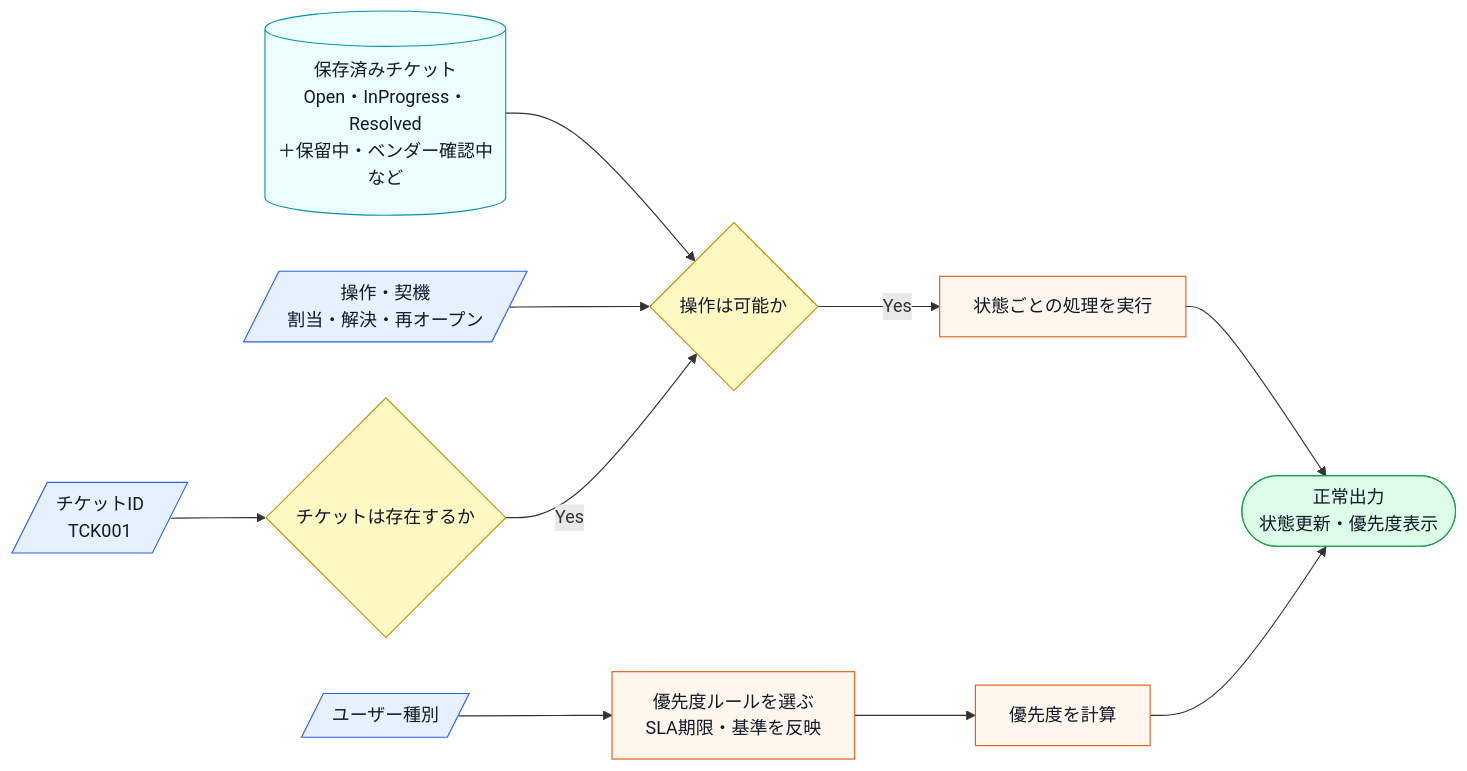
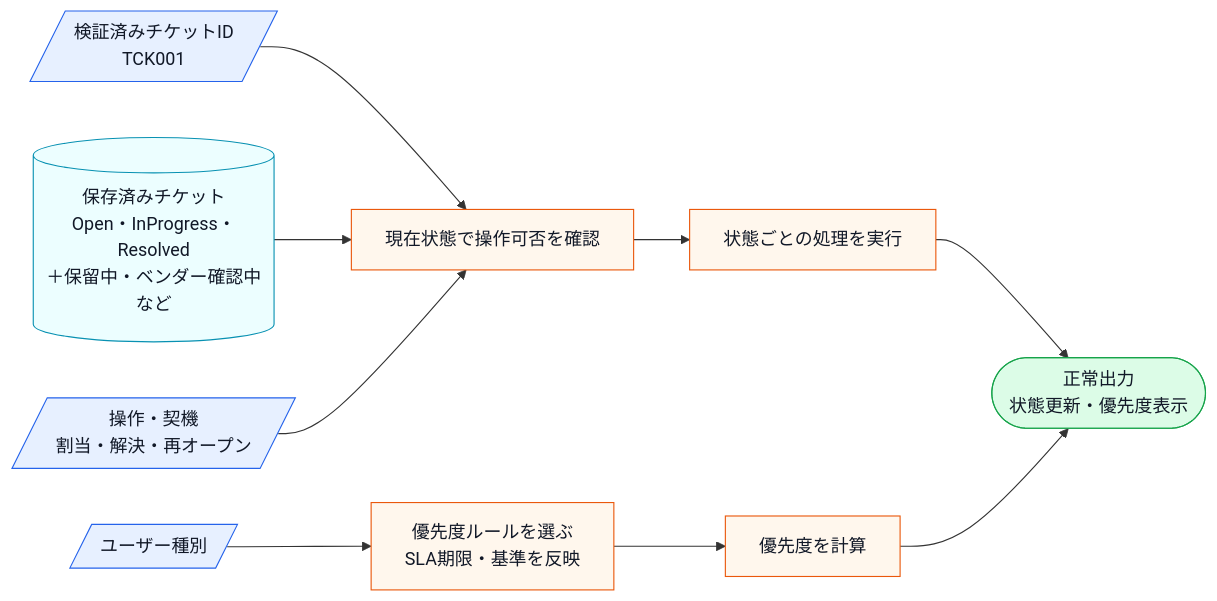
One commit to kumachan1101-pixel/DesignPattern changed the fifth of 14 diagrams in kindle/design-patterns/output/chapter09_2.md. Above: the diagram before and after it, drawn with Mermaid. The commit also changed other lines of this file and 20 other files, not shown here.

````diff
--- a/kindle/design-patterns/output/chapter09_2.md
+++ b/kindle/design-patterns/output/chapter09_2.md
@@ -415,18 +414,17 @@
 ```mermaid
 flowchart LR
-    A[/チケットID<br>TCK001/]:::input --> B{チケットは存在するか}:::decision
-    C[(保存済みチケット<br>Open・InProgress・Resolved<br>＋保留中・ベンダー確認中など)]:::data --> D{操作は可能か}:::decision
+    A[/検証済みチケットID<br>TCK001/]:::input --> D[現在状態で操作可否を確認]:::process
+    C[(保存済みチケット<br>Open・InProgress・Resolved<br>＋保留中・ベンダー確認中など)]:::data --> D
     E[/ユーザー種別/]:::input --> F[優先度ルールを選ぶ<br>SLA期限・基準を反映]:::process
     G[/操作・契機<br>割当・解決・再オープン/]:::input --> D
-    B -->|Yes| D
-    D -->|Yes| H[状態ごとの処理を実行]:::process
+    D --> H[状態ごとの処理を実行]:::process
     F --> I[優先度を計算]:::process
     H --> J([正常出力<br>状態更新・優先度表示]):::normal
     I --> J
 
     classDef data fill:#ecfeff,stroke:#0891b2,color:#111827;
     classDef input fill:#e7f0ff,stroke:#2563eb,color:#111827;
     classDef process fill:#fff7ed,stroke:#ea580c,color:#111827;
     classDef decision fill:#fef9c3,stroke:#ca8a04,color:#111827;
     classDef normal fill:#dcfce7,stroke:#16a34a,color:#111827;
 ```
````
